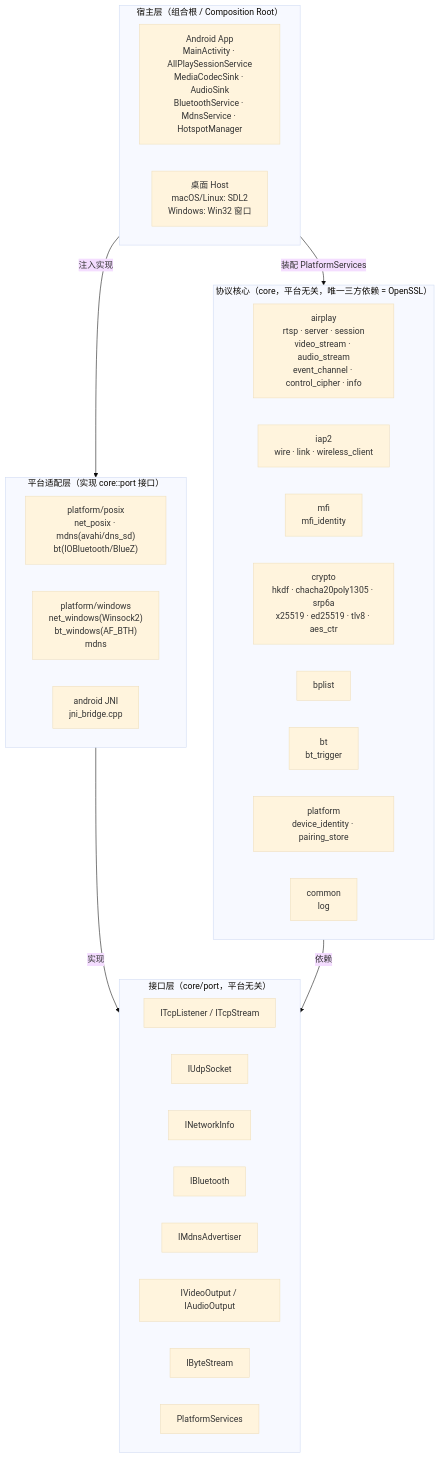
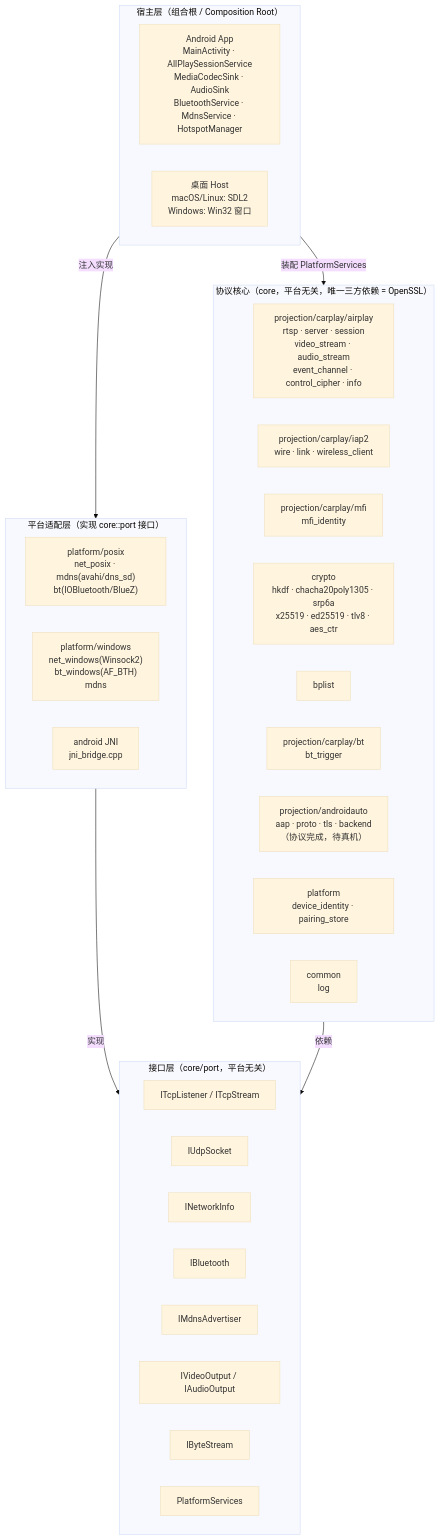
One commit to UnmetDecade/AllPlay changed the first of 2 diagrams in README.md. Above: the diagram before and after it, drawn with Mermaid (base theme). The commit also changed other lines of this file, not shown here.

````diff
--- a/README.md
+++ b/README.md
@@ -85,44 +104,45 @@
 ```mermaid
 flowchart TB
     subgraph HOST["宿主层（组合根 / Composition Root）"]
         direction LR
         ANDROID["Android App<br/>MainActivity · AllPlaySessionService<br/>MediaCodecSink · AudioSink<br/>BluetoothService · MdnsService · HotspotManager"]
         DESKTOP["桌面 Host<br/>macOS/Linux: SDL2<br/>Windows: Win32 窗口"]
     end
 
     subgraph ADAPTER["平台适配层（实现 core::port 接口）"]
         direction LR
         POSIX["platform/posix<br/>net_posix · mdns(avahi/dns_sd)<br/>bt(IOBluetooth/BlueZ)"]
         WIN["platform/windows<br/>net_windows(Winsock2)<br/>bt_windows(AF_BTH)<br/>mdns"]
         JNI["android JNI<br/>jni_bridge.cpp"]
     end
 
     subgraph PORT["接口层（core/port，平台无关）"]
         direction LR
         TCP["ITcpListener / ITcpStream"]
         UDP["IUdpSocket"]
         NET["INetworkInfo"]
         BT["IBluetooth"]
         MDNS["IMdnsAdvertiser"]
         MEDIA["IVideoOutput / IAudioOutput"]
         STREAM["IByteStream"]
         PS["PlatformServices"]
     end
 
     subgraph CORE["协议核心（core，平台无关，唯一三方依赖 = OpenSSL）"]
         direction LR
-        AIRPLAY["airplay<br/>rtsp · server · session<br/>video_stream · audio_stream<br/>event_channel · control_cipher · info"]
-        IAP2["iap2<br/>wire · link · wireless_client"]
-        MFI["mfi<br/>mfi_identity"]
+        AIRPLAY["projection/carplay/airplay<br/>rtsp · server · session<br/>video_stream · audio_stream<br/>event_channel · control_cipher · info"]
+        IAP2["projection/carplay/iap2<br/>wire · link · wireless_client"]
+        MFI["projection/carplay/mfi<br/>mfi_identity"]
         CRYPTO["crypto<br/>hkdf · chacha20poly1305 · srp6a<br/>x25519 · ed25519 · tlv8 · aes_ctr"]
         BPLIST["bplist"]
-        BTTRIG["bt<br/>bt_trigger"]
+        BTTRIG["projection/carplay/bt<br/>bt_trigger"]
+        AA["projection/androidauto<br/>aap · proto · tls · backend<br/>（协议完成，待真机）"]
         IDENTITY["platform<br/>device_identity · pairing_store"]
         COMMON["common<br/>log"]
     end
 
     HOST -->|注入实现| ADAPTER
     ADAPTER -->|实现| PORT
     CORE -->|依赖| PORT
     HOST -->|装配 PlatformServices| CORE
 ```
````
